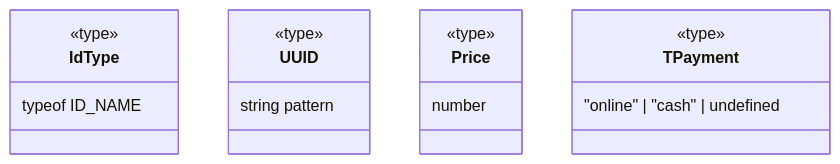
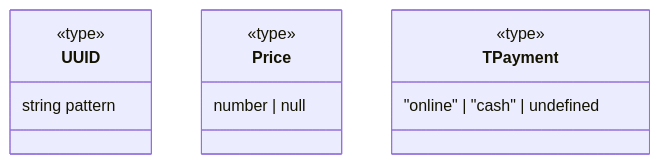
The sixth of 15 diagrams in README.md (vvk2020/weblarek), drawn with Mermaid before and after one commit. The commit also changed other lines of this file and 5 other files, not shown here.

````diff
--- a/README.md
+++ b/README.md
@@ -287,22 +278,18 @@
 ```mermaid
 classDiagram
-    class IdType {
-        <<type>>
-        typeof ID_NAME
-    }
 
     class UUID {
         <<type>>
         string pattern
     }
 
     class Price {
         <<type>>
-        number
+        number  | null
     }
 
     class TPayment {
         <<type>>
         "online" | "cash" | undefined
     }
 ```
````
